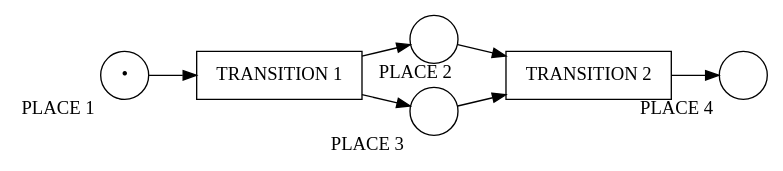
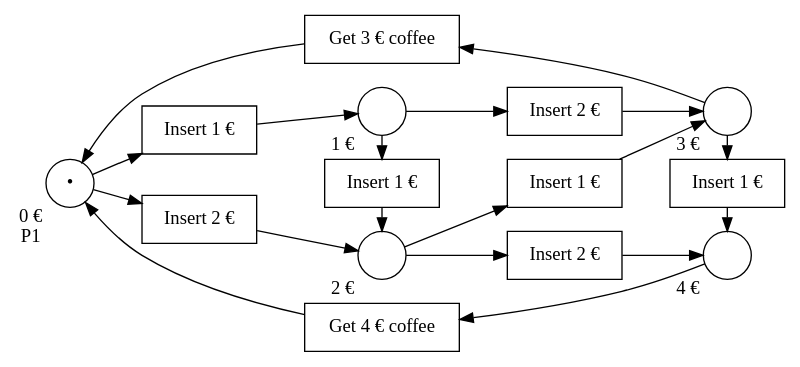
One commit to hlisdero/thesis changed the diagram in dot/state-machine-example.dot. Above: the diagram before and after it, drawn with Graphviz. The commit also changed 1 other file, not shown here.

```diff
--- a/dot/state-machine-example.dot
+++ b/dot/state-machine-example.dot
@@ -1,15 +1,35 @@
 digraph petrinet {
     rankdir="LR";
-    PLACE_1_A [shape="circle" xlabel="PLACE 1" label="•"];
-    PLACE_2_A [shape="circle" xlabel="PLACE 2" label=""];
-    PLACE_3_A [shape="circle" xlabel="PLACE 3" label=""];
-    PLACE_4_A [shape="circle" xlabel="PLACE 4" label=""];
-    TRANSITION_1_A [shape="box" xlabel="" label="TRANSITION 1"];
-    TRANSITION_2_A [shape="box" xlabel="" label="TRANSITION 2"];
-    PLACE_1_A -> TRANSITION_1_A;
-    TRANSITION_1_A -> PLACE_2_A;
-    TRANSITION_1_A -> PLACE_3_A;
-    PLACE_2_A -> TRANSITION_2_A;
-    PLACE_3_A -> TRANSITION_2_A;
-    TRANSITION_2_A -> PLACE_4_A;
+    P1 [shape="circle" xlabel="0 €\nP1" label="•"];
+    P2 [shape="circle" xlabel="1 €" label=""];
+    P3 [shape="circle" xlabel="2 €" label=""];
+    P4 [shape="circle" xlabel="3 €" label=""];
+    P5 [shape="circle" xlabel="4 €" label=""];
+    
+    T1 [shape="box" xlabel="" label="Insert 1 €"];
+    T2 [shape="box" xlabel="" label="Insert 2 €"];
+    T3 [shape="box" xlabel="" label="Insert 1 €"];
+    T4 [shape="box" xlabel="" label="Insert 2 €"];
+    T5 [shape="box" xlabel="" label="Insert 1 €"];
+    T6 [shape="box" xlabel="" label="Insert 2 €"];
+    T7 [shape="box" xlabel="" label="Insert 1 €"];
+    T8 [shape="box" xlabel="" label="Get 3 € coffee"];
+    T9 [shape="box" xlabel="" label="Get 4 € coffee"];
+
+    P1 -> T1 -> P2;
+    P1 -> T2 -> P3;
+    P2 -> T3 -> P3;
+    P2 -> T4 -> P4;
+    P3 -> T5 -> P4;
+    P3 -> T6 -> P5;
+    P4 -> T7 -> P5;
+    P4 -> T8 -> P1;
+    P5 -> T9 -> P1;
+
+    // Order the nodes in 5 different levels
+    {rank = same; P1;}    
+    {rank = same; T1; T2;}
+    {rank = same; P2; P3; T3; T8; T9;}
+    {rank = same; T4; T5; T6;}
+    {rank = same; P4; T7; P5;}
 }
```
